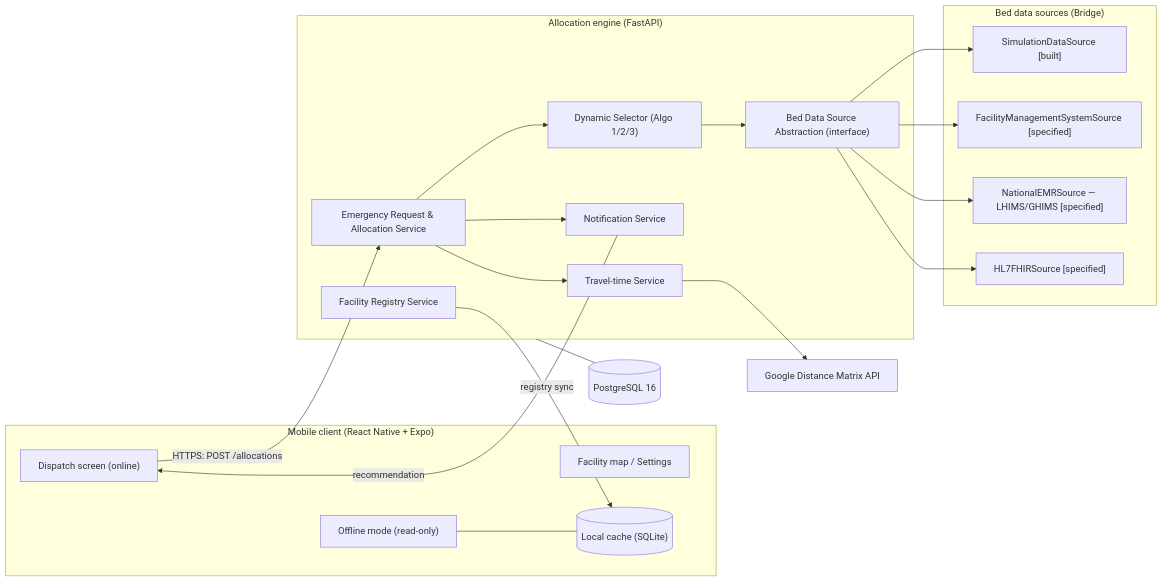
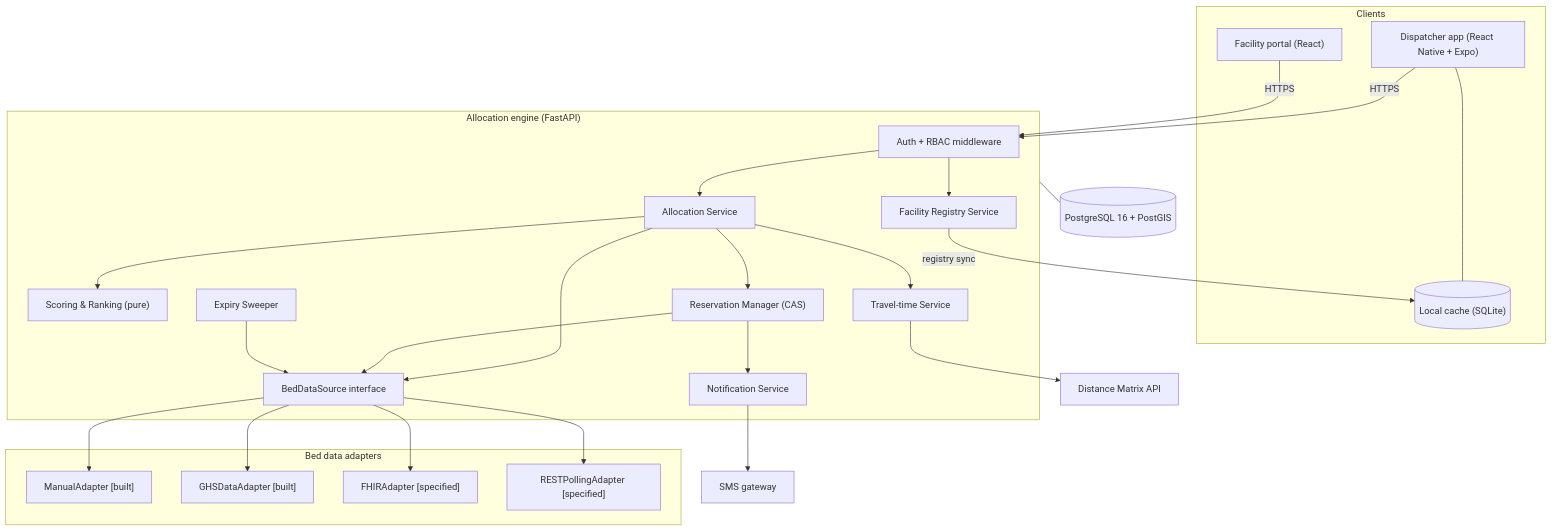
The first of 2 diagrams in docs/01-architecture.md (wisdomdzontoh/ebads), drawn with Mermaid before and after one commit. The commit also changed other lines of this file and 191 other files, not shown here.

````diff
--- a/docs/01-architecture.md
+++ b/docs/01-architecture.md
@@ -11,40 +25,45 @@
 ```mermaid
-flowchart LR
-  subgraph Client["Mobile client (React Native + Expo)"]
-    DS["Dispatch screen (online)"]
-    FM["Facility map / Settings"]
-    OFF["Offline mode (read-only)"]
+flowchart TB
+  subgraph Clients
+    MOB["Dispatcher app (React Native + Expo)"]
+    POR["Facility portal (React)"]
     CACHE[("Local cache (SQLite)")]
-    OFF --- CACHE
+    MOB --- CACHE
   end
 
   subgraph Engine["Allocation engine (FastAPI)"]
+    AUTH["Auth + RBAC middleware"]
     REG["Facility Registry Service"]
-    ALLOC["Emergency Request & Allocation Service"]
-    SEL["Dynamic Selector (Algo 1/2/3)"]
-    BDS["Bed Data Source Abstraction (interface)"]
+    ALLOC["Allocation Service"]
+    SCORE["Scoring & Ranking (pure)"]
+    RES["Reservation Manager (CAS)"]
+    SWEEP["Expiry Sweeper"]
     NOTIF["Notification Service"]
     TRAVEL["Travel-time Service"]
+    BDS["BedDataSource interface"]
   end
 
-  DB[("PostgreSQL 16")]
-  MAPS["Google Distance Matrix API"]
+  DB[("PostgreSQL 16 + PostGIS")]
+  MAPS["Distance Matrix API"]
+  SMS["SMS gateway"]
 
-  DS -- "HTTPS: POST /allocations" --> ALLOC
-  ALLOC --> SEL
-  SEL --> BDS
-  ALLOC --> TRAVEL
-  TRAVEL --> MAPS
-  ALLOC --> NOTIF
-  NOTIF -- recommendation --> DS
+  MOB -- HTTPS --> AUTH
+  POR -- HTTPS --> AUTH
+  AUTH --> ALLOC & REG
+  ALLOC --> SCORE
+  ALLOC --> TRAVEL --> MAPS
+  ALLOC --> BDS
+  ALLOC --> RES --> BDS
+  RES --> NOTIF --> SMS
+  SWEEP --> BDS
   Engine --- DB
   REG -- registry sync --> CACHE
 
-  subgraph Sources["Bed data sources (Bridge)"]
-    SIM["SimulationDataSource [built]"]
-    FMS["FacilityManagementSystemSource [specified]"]
-    EMR["NationalEMRSource — LHIMS/GHIMS [specified]"]
-    FHIR["HL7FHIRSource [specified]"]
+  subgraph Sources["Bed data adapters"]
+    MAN["ManualAdapter [built]"]
+    GHS["GHSDataAdapter [built]"]
+    FHIR["FHIRAdapter [specified]"]
+    REST["RESTPollingAdapter [specified]"]
   end
-  BDS --> SIM & FMS & EMR & FHIR
+  BDS --> MAN & GHS & FHIR & REST
 ```
````
